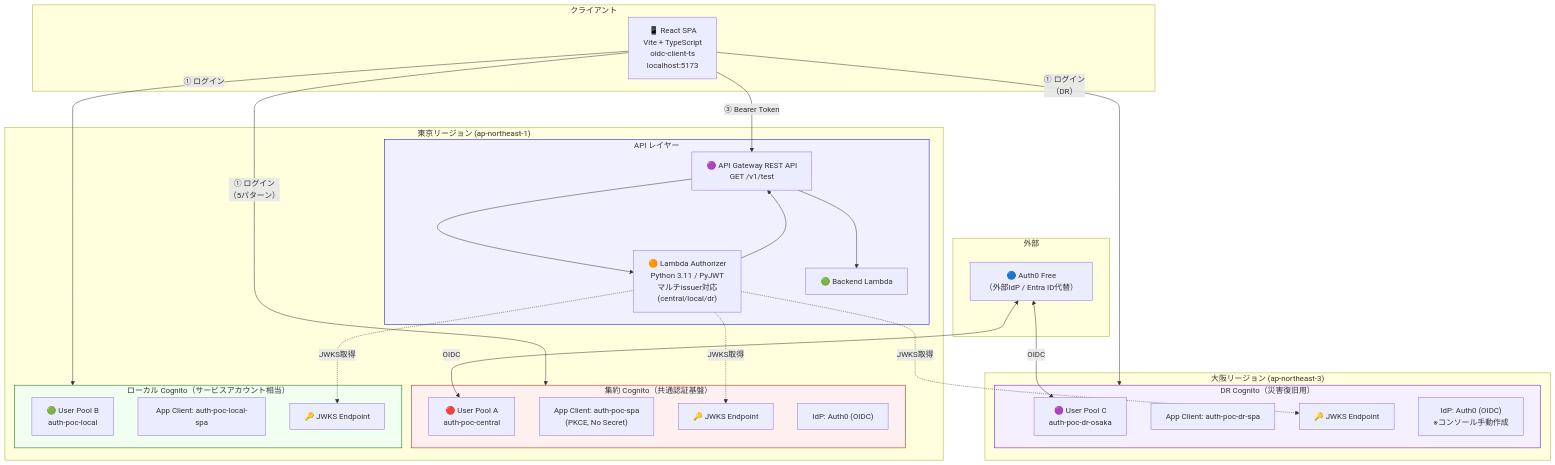
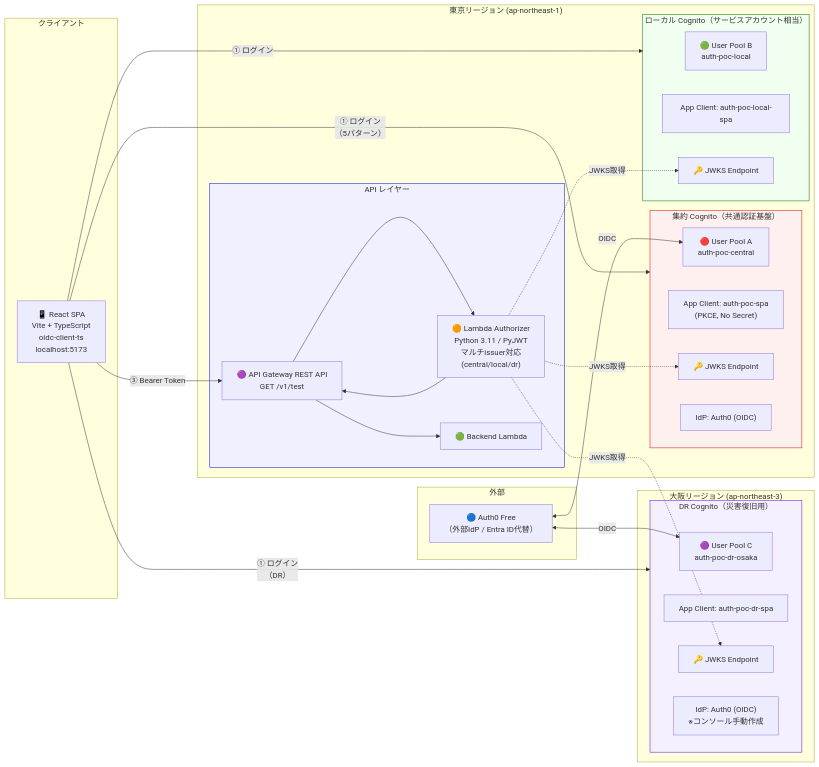
The first of 2 diagrams in doc/design/architecture.md (suepie/aws-atuh-poc), drawn with Mermaid before and after one commit. The commit also changed other lines of this file and 3 other files, not shown here.

````diff
--- a/doc/design/architecture.md
+++ b/doc/design/architecture.md
@@ -11,60 +11,60 @@
 ```mermaid
-flowchart TB
+flowchart LR
     subgraph External["外部"]
         Auth0["🔵 Auth0 Free\n（外部IdP / Entra ID代替）"]
     end
 
     subgraph Tokyo["東京リージョン (ap-northeast-1)"]
         subgraph CentralCognito["集約 Cognito（共通認証基盤）"]
             CentralPool["🔴 User Pool A\nauth-poc-central"]
             CentralClient["App Client: auth-poc-spa\n(PKCE, No Secret)"]
             CentralJWKS["🔑 JWKS Endpoint"]
             IdPConfig["IdP: Auth0 (OIDC)"]
         end
 
         subgraph LocalCognito["ローカル Cognito（サービスアカウント相当）"]
             LocalPool["🟢 User Pool B\nauth-poc-local"]
             LocalClient["App Client: auth-poc-local-spa"]
             LocalJWKS["🔑 JWKS Endpoint"]
         end
 
         subgraph APILayer["API レイヤー"]
             APIGW["🟣 API Gateway REST API\nGET /v1/test"]
             Authorizer["🟠 Lambda Authorizer\nPython 3.11 / PyJWT\nマルチissuer対応\n(central/local/dr)"]
             Backend["🟢 Backend Lambda"]
         end
     end
 
     subgraph Osaka["大阪リージョン (ap-northeast-3)"]
         subgraph DRCognito["DR Cognito（災害復旧用）"]
             DRPool["🟣 User Pool C\nauth-poc-dr-osaka"]
             DRClient["App Client: auth-poc-dr-spa"]
             DRJWKS["🔑 JWKS Endpoint"]
             DRIdPConfig["IdP: Auth0 (OIDC)\n※コンソール手動作成"]
         end
     end
 
     subgraph Client["クライアント"]
         SPA["📱 React SPA\nVite + TypeScript\noidc-client-ts\nlocalhost:5173"]
     end
 
     Auth0 <-->|"OIDC"| CentralPool
     Auth0 <-->|"OIDC"| DRPool
 
     SPA -->|"① ログイン\n（5パターン）"| CentralCognito
     SPA -->|"① ログイン"| LocalCognito
     SPA -->|"① ログイン\n（DR）"| DRCognito
 
     SPA -->|"③ Bearer Token"| APIGW
     APIGW --> Authorizer
     Authorizer -.->|"JWKS取得"| CentralJWKS
     Authorizer -.->|"JWKS取得"| LocalJWKS
     Authorizer -.->|"JWKS取得"| DRJWKS
     Authorizer --> APIGW
     APIGW --> Backend
 
     style CentralCognito fill:#fff0f0,stroke:#cc0000
     style LocalCognito fill:#f0fff0,stroke:#006600
     style DRCognito fill:#f5f0ff,stroke:#6600cc
     style APILayer fill:#f0f0ff,stroke:#0000cc
 ```
````
